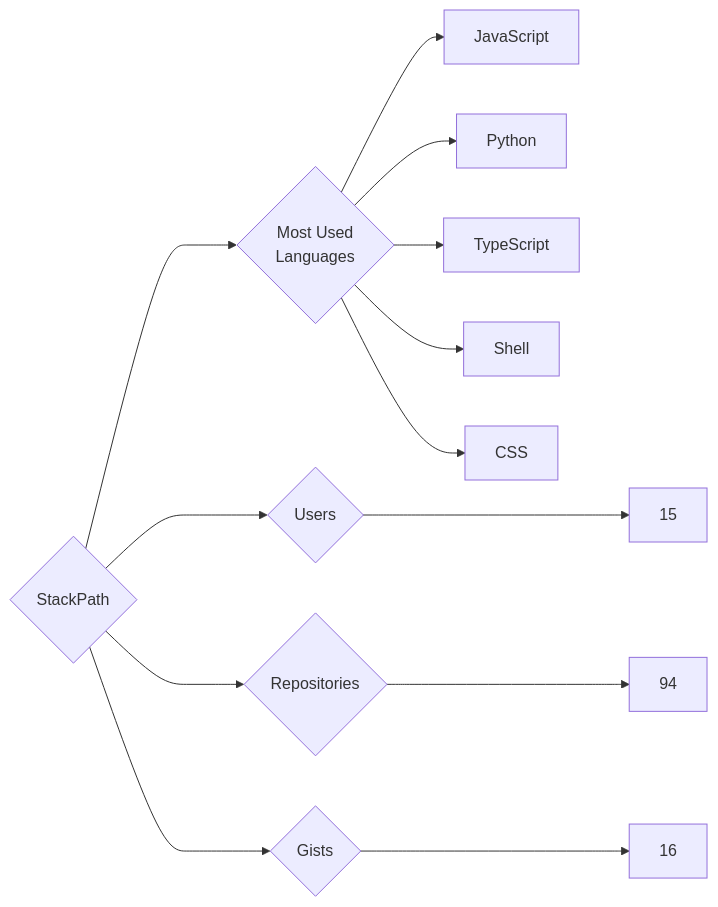
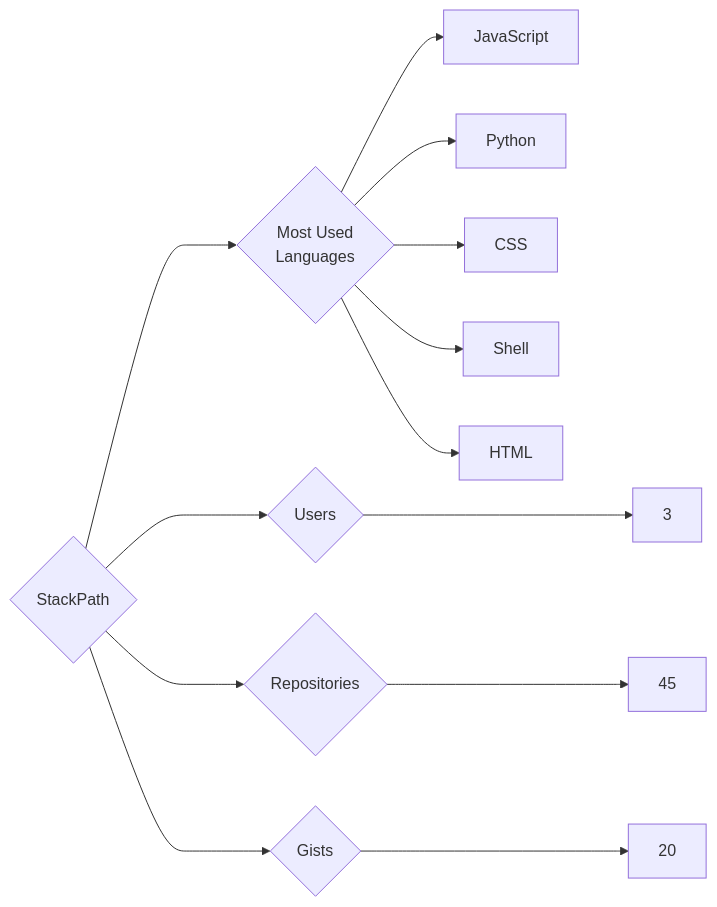
The diagram in targets/StackPath/README.md (trickest/insiders), drawn with Mermaid before and after one commit. The commit also changed 886 other files, not shown here.

````diff
--- a/targets/StackPath/README.md
+++ b/targets/StackPath/README.md
@@ -3,13 +3,13 @@
 ```mermaid
 graph LR
 COMPANY_NAME{StackPath}
-COMPANY_NAME ---> U{Users} ---> UN[15]
-COMPANY_NAME ---> R{Repositories} ---> RN[94]
-COMPANY_NAME ---> G{Gists} ---> GN[16]
+COMPANY_NAME ---> U{Users} ---> UN[3]
+COMPANY_NAME ---> R{Repositories} ---> RN[45]
+COMPANY_NAME ---> G{Gists} ---> GN[20]
 COMPANY_NAME ---> ML{Most Used<br>Languages}
 ML --> JavaScript[JavaScript]
 ML --> Python[Python]
-ML --> TypeScript[TypeScript]
+ML --> CSS[CSS]
 ML --> Shell[Shell]
-ML --> CSS[CSS]
+ML --> HTML[HTML]
 ```
````
